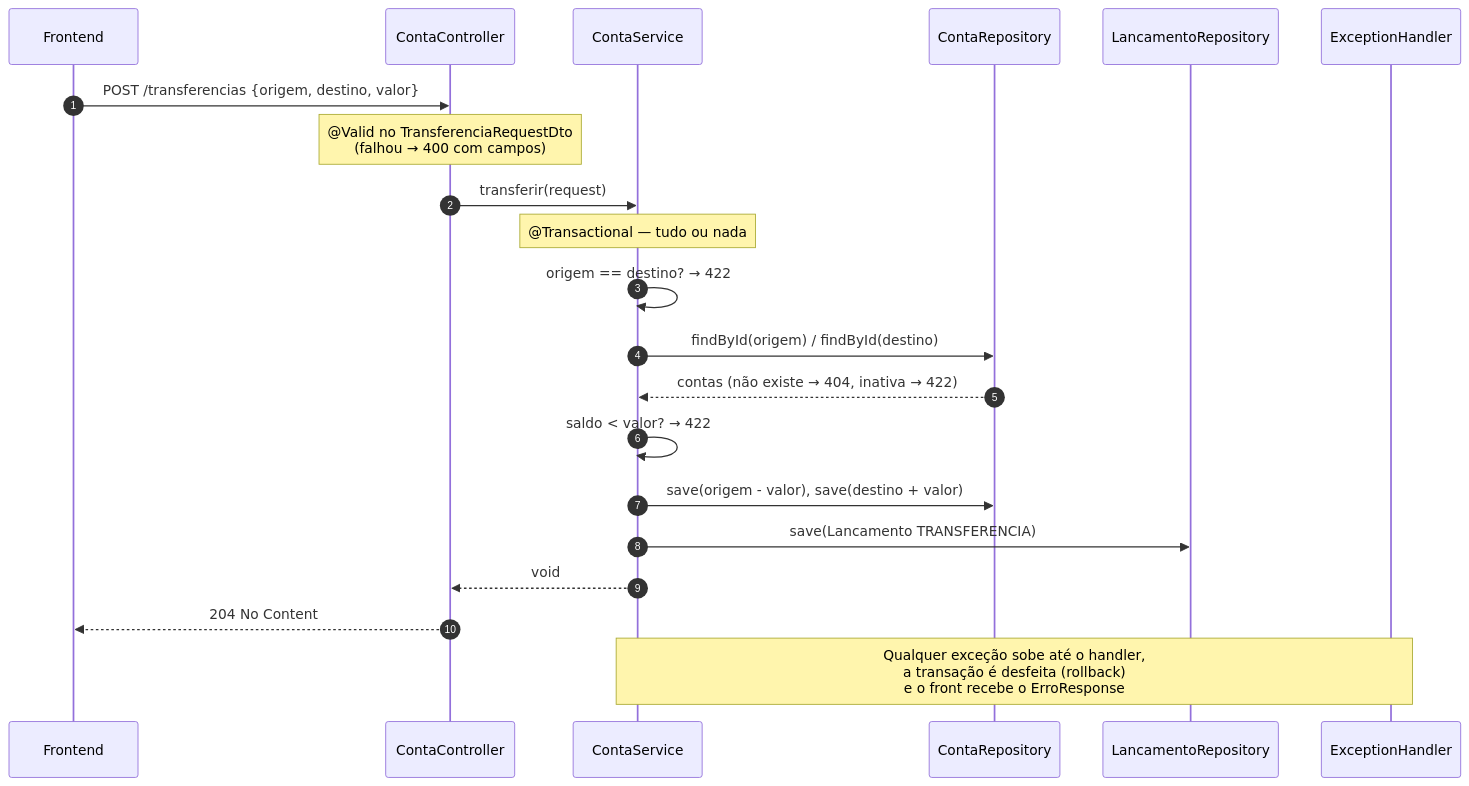
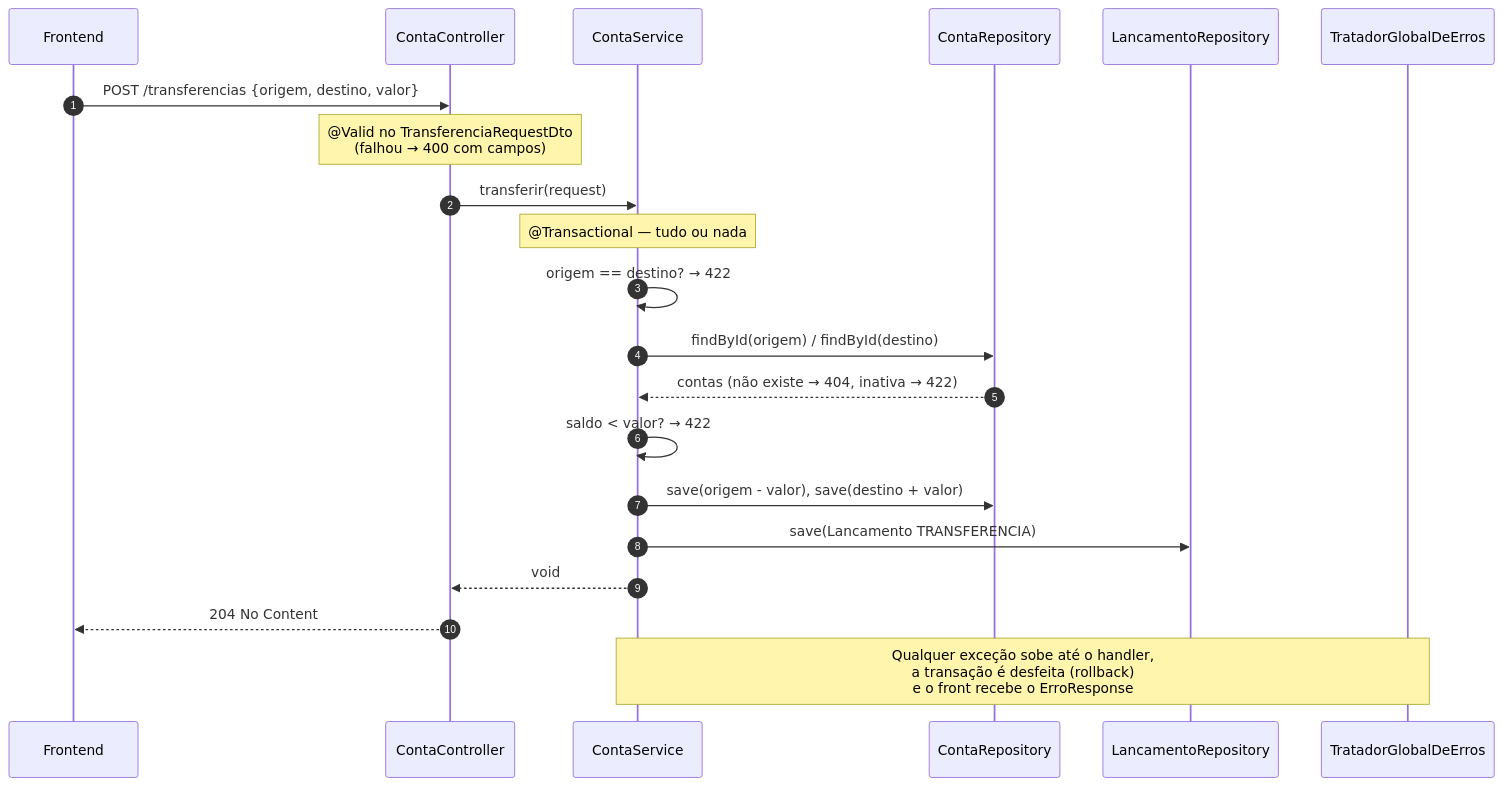
Before and after one commit to k3vinrich4rd/rkf_bank: the second of 3 diagrams in backend/README_IMPLEMENTACAO.md, drawn with Mermaid. The commit also changed other lines of this file and 19 other files, not shown here.

````diff
--- a/backend/README_IMPLEMENTACAO.md
+++ b/backend/README_IMPLEMENTACAO.md
@@ -65,24 +65,24 @@
 ```mermaid
 sequenceDiagram
     autonumber
     participant F as Frontend
     participant C as ContaController
     participant S as ContaService
     participant R as ContaRepository
     participant L as LancamentoRepository
-    participant H as ExceptionHandler
+    participant H as TratadorGlobalDeErros
 
     F->>C: POST /transferencias {origem, destino, valor}
     Note over C: @Valid no TransferenciaRequestDto<br/>(falhou → 400 com campos)
     C->>S: transferir(request)
     Note over S: @Transactional — tudo ou nada
     S->>S: origem == destino? → 422
     S->>R: findById(origem) / findById(destino)
     R-->>S: contas (não existe → 404, inativa → 422)
     S->>S: saldo < valor? → 422
     S->>R: save(origem - valor), save(destino + valor)
     S->>L: save(Lancamento TRANSFERENCIA)
     S-->>C: void
     C-->>F: 204 No Content
     Note over S,H: Qualquer exceção sobe até o handler,<br/>a transação é desfeita (rollback)<br/>e o front recebe o ErroResponse
 ```
````
